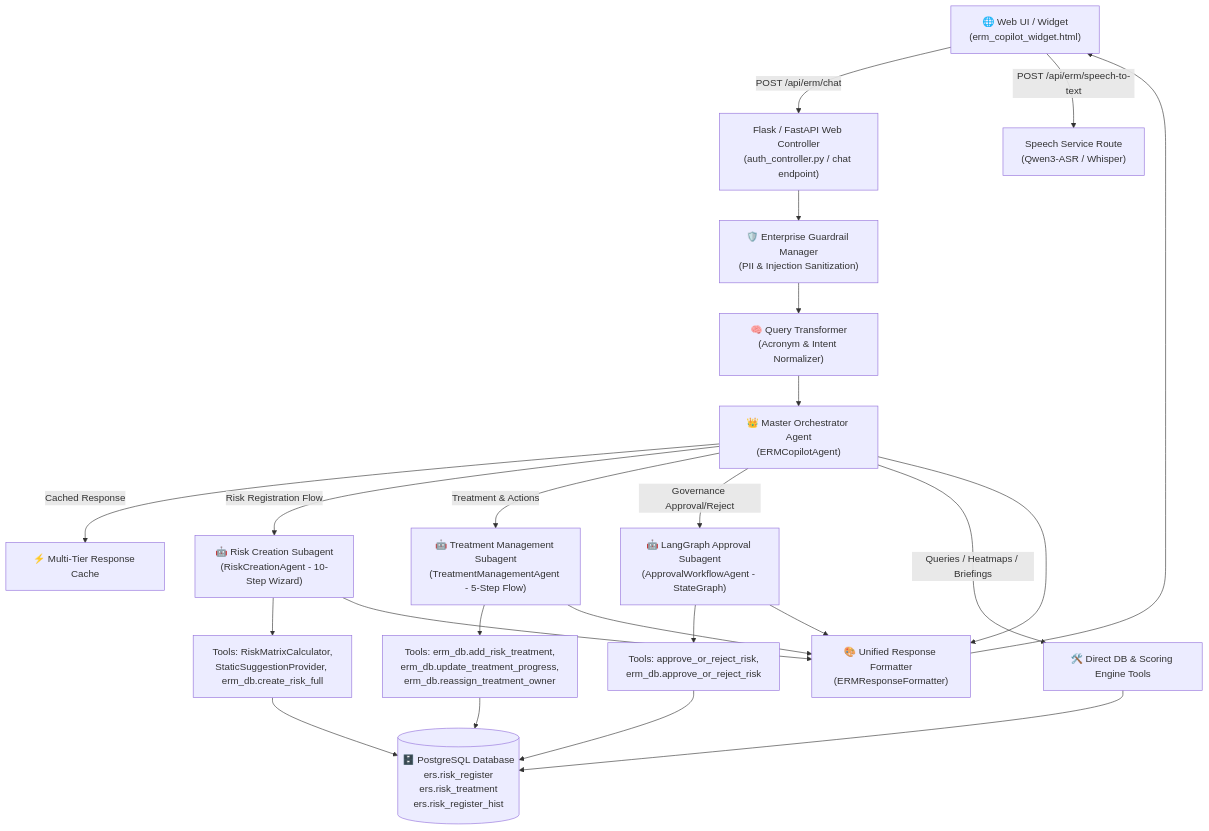
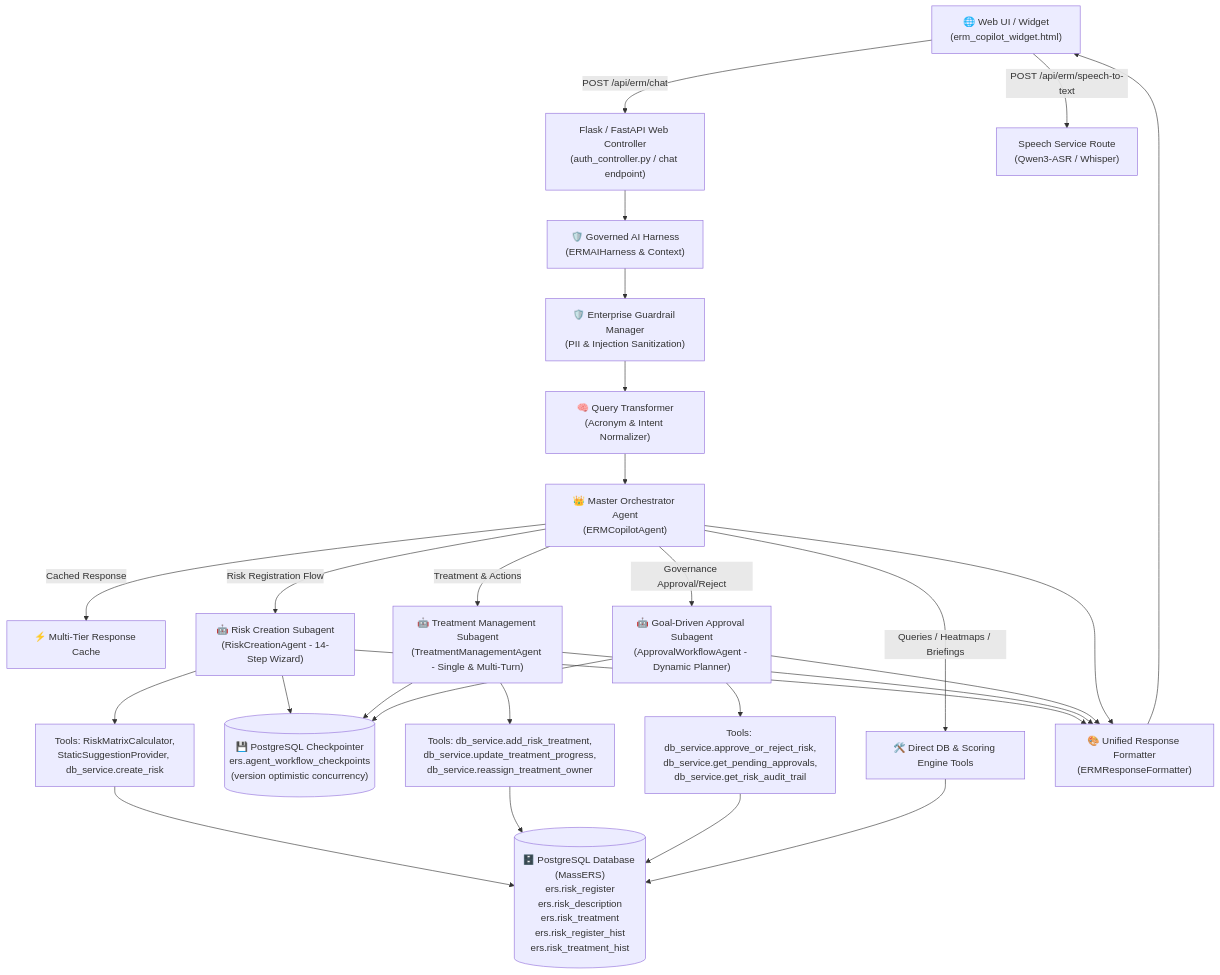
The diagram in ERM_Copilot/docs/11_AGENTS_SUBAGENTS_TOOLS_AND_FASTAPI_REFERENCE.md (jasminbabariya22-eng/Enterprise-Risk-Management-System), drawn with Mermaid before and after one commit. The commit also changed other lines of this file and 21 other files, not shown here.

First line of the commit message:
feat(gate): complete final readiness gate, playwright e2e suite, and multi-agent documentation

````diff
--- a/ERM_Copilot/docs/11_AGENTS_SUBAGENTS_TOOLS_AND_FASTAPI_REFERENCE.md
+++ b/ERM_Copilot/docs/11_AGENTS_SUBAGENTS_TOOLS_AND_FASTAPI_REFERENCE.md
@@ -9,30 +9,35 @@
 ```mermaid
 flowchart TD
     UI["🌐 Web UI / Widget\n(erm_copilot_widget.html)"] -->|POST /api/erm/chat| WebRoute["Flask / FastAPI Web Controller\n(auth_controller.py / chat endpoint)"]
     UI -->|POST /api/erm/speech-to-text| SpeechAPI["Speech Service Route\n(Qwen3-ASR / Whisper)"]
     
-    WebRoute --> Guardrails["🛡️ Enterprise Guardrail Manager\n(PII & Injection Sanitization)"]
+    WebRoute --> Harness["🛡️ Governed AI Harness\n(ERMAIHarness & Context)"]
+    Harness --> Guardrails["🛡️ Enterprise Guardrail Manager\n(PII & Injection Sanitization)"]
     Guardrails --> QueryTrans["🧠 Query Transformer\n(Acronym & Intent Normalizer)"]
     QueryTrans --> MasterOrch["👑 Master Orchestrator Agent\n(ERMCopilotAgent)"]
     
     MasterOrch -->|Cached Response| Cache["⚡ Multi-Tier Response Cache"]
-    MasterOrch -->|Risk Registration Flow| SubAgent1["🤖 Risk Creation Subagent\n(RiskCreationAgent - 10-Step Wizard)"]
-    MasterOrch -->|Treatment & Actions| SubAgent2["🤖 Treatment Management Subagent\n(TreatmentManagementAgent - 5-Step Flow)"]
-    MasterOrch -->|Governance Approval/Reject| SubAgent3["🤖 LangGraph Approval Subagent\n(ApprovalWorkflowAgent - StateGraph)"]
+    MasterOrch -->|Risk Registration Flow| SubAgent1["🤖 Risk Creation Subagent\n(RiskCreationAgent - 14-Step Wizard)"]
+    MasterOrch -->|Treatment & Actions| SubAgent2["🤖 Treatment Management Subagent\n(TreatmentManagementAgent - Single & Multi-Turn)"]
+    MasterOrch -->|Governance Approval/Reject| SubAgent3["🤖 Goal-Driven Approval Subagent\n(ApprovalWorkflowAgent - Dynamic Planner)"]
     MasterOrch -->|Queries / Heatmaps / Briefings| DirectTools["🛠️ Direct DB & Scoring Engine Tools"]
     
-    SubAgent1 --> Tools1["Tools: RiskMatrixCalculator,\nStaticSuggestionProvider, erm_db.create_risk_full"]
-    SubAgent2 --> Tools2["Tools: erm_db.add_risk_treatment,\nerm_db.update_treatment_progress,\nerm_db.reassign_treatment_owner"]
-    SubAgent3 --> Tools3["Tools: approve_or_reject_risk,\nerm_db.approve_or_reject_risk"]
+    SubAgent1 --> Checkpointer[("💾 PostgreSQL Checkpointer\ners.agent_workflow_checkpoints\n(version optimistic concurrency)")]
+    SubAgent2 --> Checkpointer
+    SubAgent3 --> Checkpointer
     
-    Tools1 --> DB[("🗄️ PostgreSQL Database\ners.risk_register\ners.risk_treatment\ners.risk_register_hist")]
+    SubAgent1 --> Tools1["Tools: RiskMatrixCalculator,\nStaticSuggestionProvider, db_service.create_risk"]
+    SubAgent2 --> Tools2["Tools: db_service.add_risk_treatment,\ndb_service.update_treatment_progress,\ndb_service.reassign_treatment_owner"]
+    SubAgent3 --> Tools3["Tools: db_service.approve_or_reject_risk,\ndb_service.get_pending_approvals,\ndb_service.get_risk_audit_trail"]
+    
+    Tools1 --> DB[("🗄️ PostgreSQL Database (MassERS)\ners.risk_register\ners.risk_description\ners.risk_treatment\ners.risk_register_hist\ners.risk_treatment_hist")]
     Tools2 --> DB
     Tools3 --> DB
     DirectTools --> DB
     
     SubAgent1 --> Formatter["🎨 Unified Response Formatter\n(ERMResponseFormatter)"]
     SubAgent2 --> Formatter
     SubAgent3 --> Formatter
     MasterOrch --> Formatter
     Formatter --> UI
 ```
````
